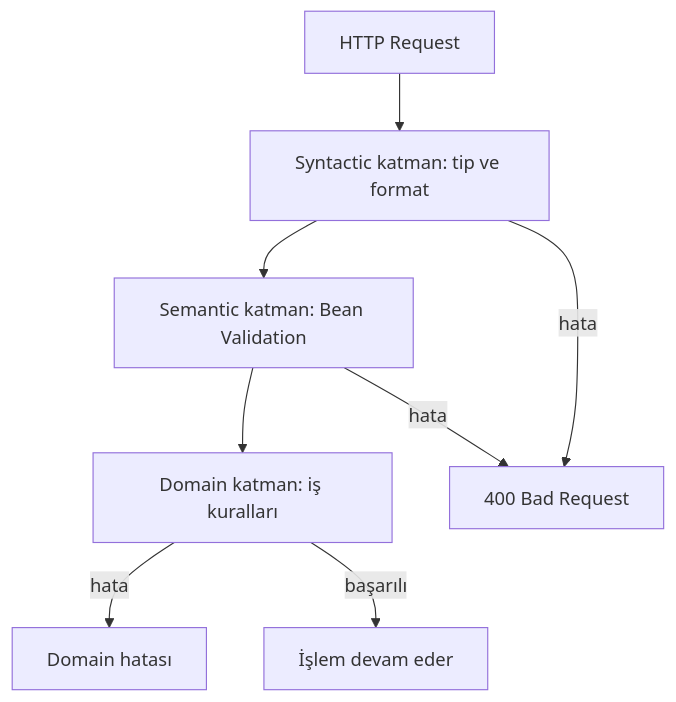
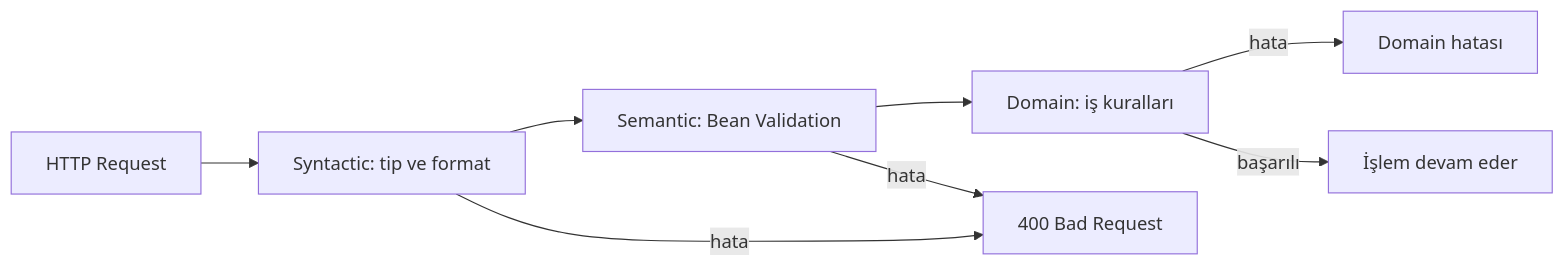
Before and after one commit to adraarda23/banking-learning: the first of 4 diagrams in 01-foundation/06-validation/README.md, drawn with Mermaid. The commit also changed other lines of this file and 37 other files, not shown here.

````diff
--- a/01-foundation/06-validation/README.md
+++ b/01-foundation/06-validation/README.md
@@ -47,10 +43,10 @@
 ```mermaid
-flowchart TD
-    A["HTTP Request"] --> B["Syntactic katman: tip ve format"]
-    B --> C["Semantic katman: Bean Validation"]
-    C --> D["Domain katman: iş kuralları"]
+flowchart LR
+    A["HTTP Request"] --> B["Syntactic: tip ve format"]
+    B --> C["Semantic: Bean Validation"]
+    C --> D["Domain: iş kuralları"]
     B -- "hata" --> E["400 Bad Request"]
     C -- "hata" --> E
     D -- "hata" --> F["Domain hatası"]
     D -- "başarılı" --> G["İşlem devam eder"]
 ```
````
